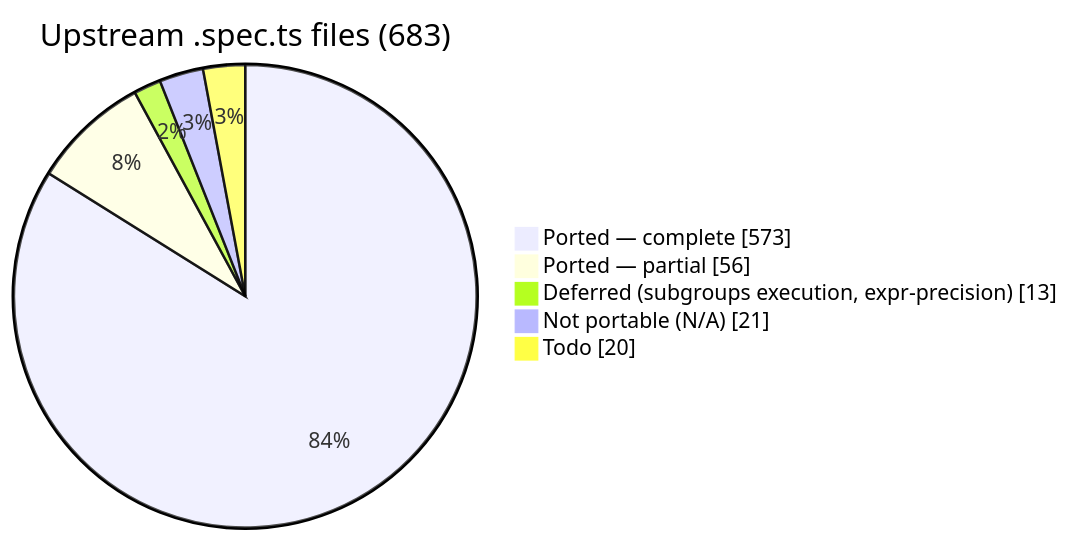
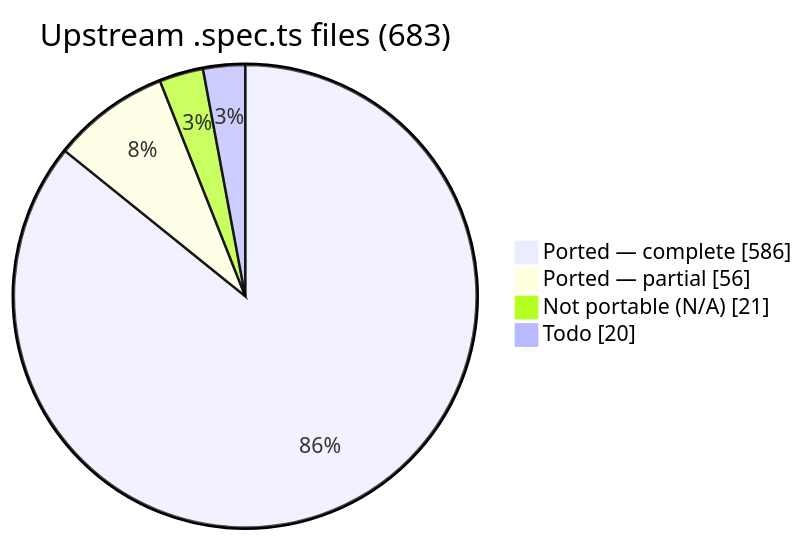
Before and after one commit to infosia/webgpu-native-cts: the first of 2 diagrams in README.md, drawn with Mermaid. The commit also changed other lines of this file and 1 other file, not shown here.

First line of the commit message:
docs(phaseY14): shader/execution complete (239/239) — coverage + README

````diff
--- a/README.md
+++ b/README.md
@@ -107,9 +108,8 @@
 ```mermaid
 pie showData
     title Upstream .spec.ts files (683)
-    "Ported — complete" : 573
+    "Ported — complete" : 586
     "Ported — partial" : 56
-    "Deferred (subgroups execution, expr-precision)" : 13
     "Not portable (N/A)" : 21
     "Todo" : 20
 ```
````
